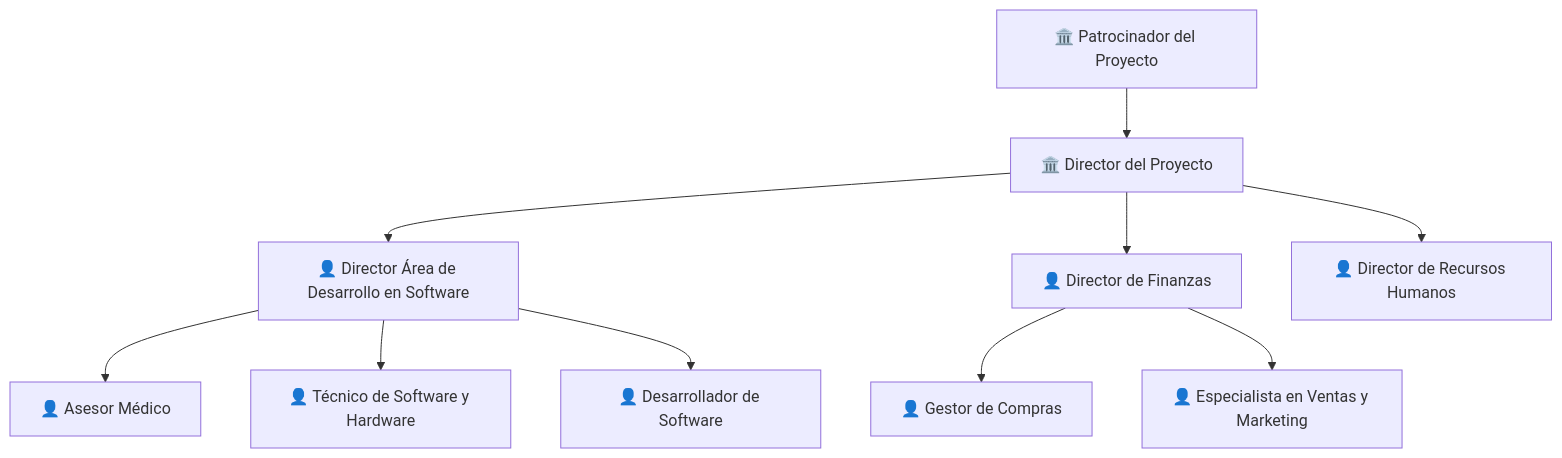
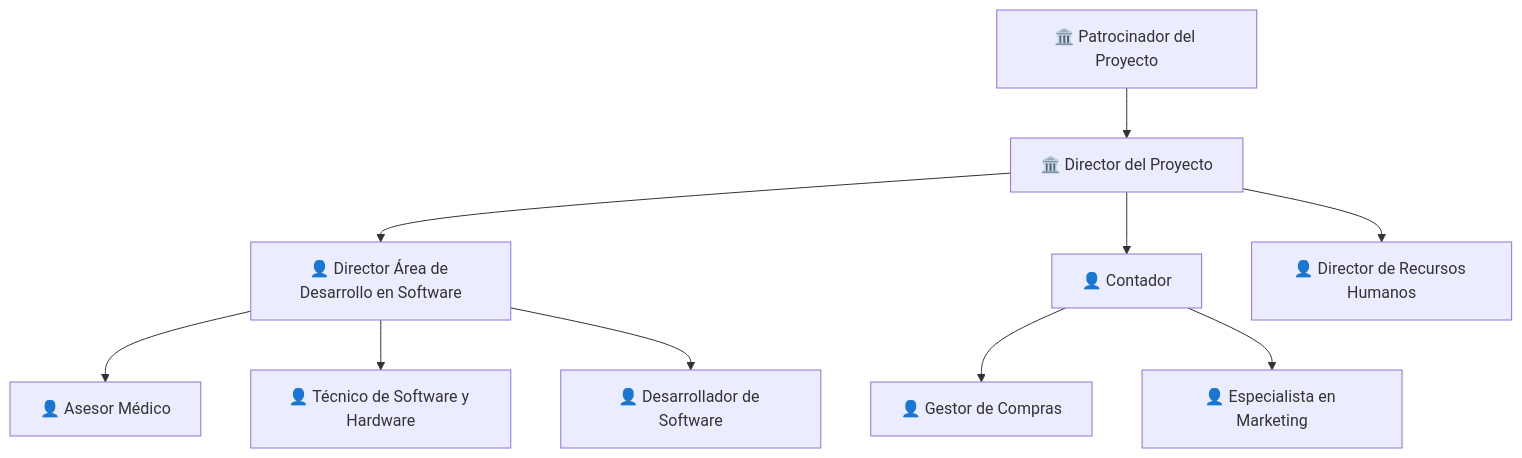
The diagram in docs/01-plan-inicial/organizacion.md (TomasGonzalez1204/plan-proyecto-gp-uner), drawn with Mermaid before and after one commit. The commit also changed other lines of this file, not shown here.

````diff
--- a/docs/01-plan-inicial/organizacion.md
+++ b/docs/01-plan-inicial/organizacion.md
@@ -44,28 +44,28 @@
 ```mermaid
 graph TD
     Z["🏛️ Patrocinador del Proyecto"]
     A["🏛️ Director del Proyecto"]
 
     B["👤 Director Área de Desarrollo en Software"]
-    C["👤 Director de Finanzas"]
+    C["👤 Contador"]
     D["👤 Director de Recursos Humanos"]
 
     E["👤 Asesor Médico"]
     F["👤 Técnico de Software y Hardware"]
     G["👤 Desarrollador de Software"]
 
     H["👤 Gestor de Compras"]
-    I["👤 Especialista en Ventas y Marketing"]
+    I["👤 Especialista en Marketing"]
 
     Z --> A
     A --> B
     A --> C
     A --> D
 
     B --> E
     B --> F
     B --> G
 
     C --> H
     C --> I
 ```
````
